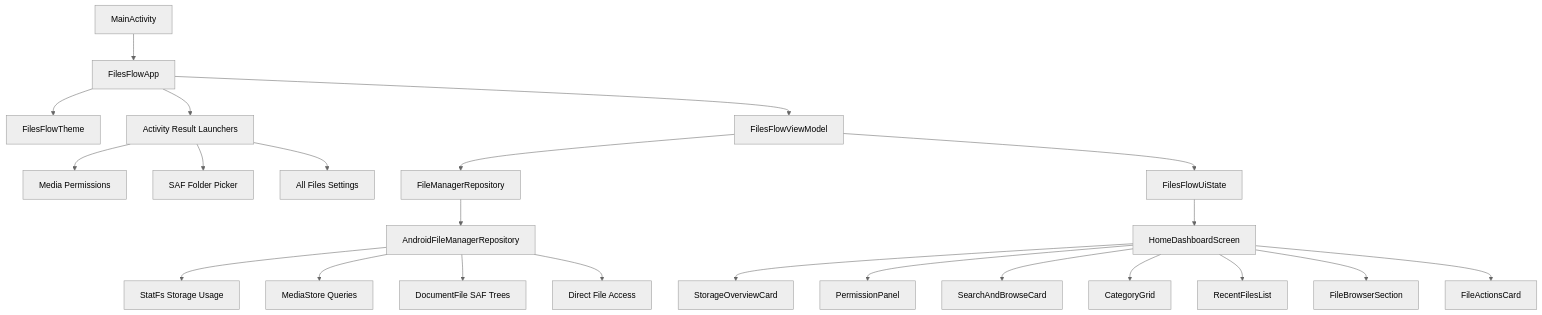
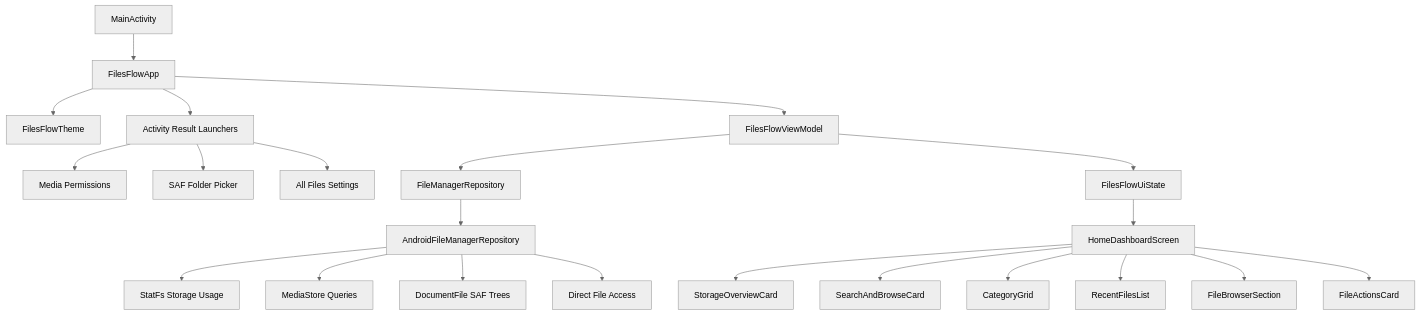
Before and after one commit to benclawbot/filesflow: the diagram in README.md, drawn with Mermaid (neutral theme). The commit also changed other lines of this file and 23 other files, not shown here.

Commit message:
feat: complete FilesFlow file manager flows

````diff
--- a/README.md
+++ b/README.md
@@ -23,25 +23,24 @@
 ```mermaid
 flowchart TD
     A["MainActivity"] --> B["FilesFlowApp"]
     B --> C["FilesFlowTheme"]
     B --> D["Activity Result Launchers"]
     D --> E["Media Permissions"]
     D --> F["SAF Folder Picker"]
     D --> G["All Files Settings"]
     B --> H["FilesFlowViewModel"]
     H --> I["FileManagerRepository"]
     I --> J["AndroidFileManagerRepository"]
     J --> K["StatFs Storage Usage"]
     J --> L["MediaStore Queries"]
     J --> M["DocumentFile SAF Trees"]
     J --> N["Direct File Access"]
     H --> O["FilesFlowUiState"]
     O --> P["HomeDashboardScreen"]
     P --> Q["StorageOverviewCard"]
-    P --> R["PermissionPanel"]
-    P --> S["SearchAndBrowseCard"]
-    P --> T["CategoryGrid"]
-    P --> U["RecentFilesList"]
-    P --> V["FileBrowserSection"]
-    P --> W["FileActionsCard"]
+    P --> R["SearchAndBrowseCard"]
+    P --> S["CategoryGrid"]
+    P --> T["RecentFilesList"]
+    P --> U["FileBrowserSection"]
+    P --> V["FileActionsCard"]
 ```
````
